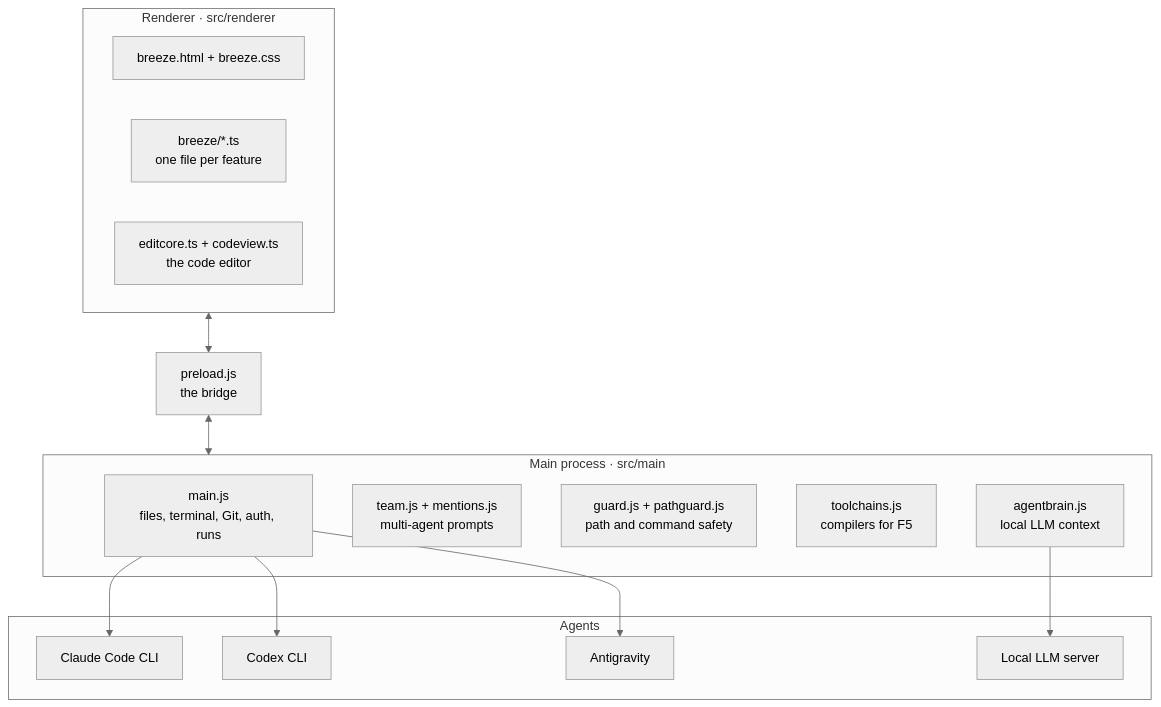
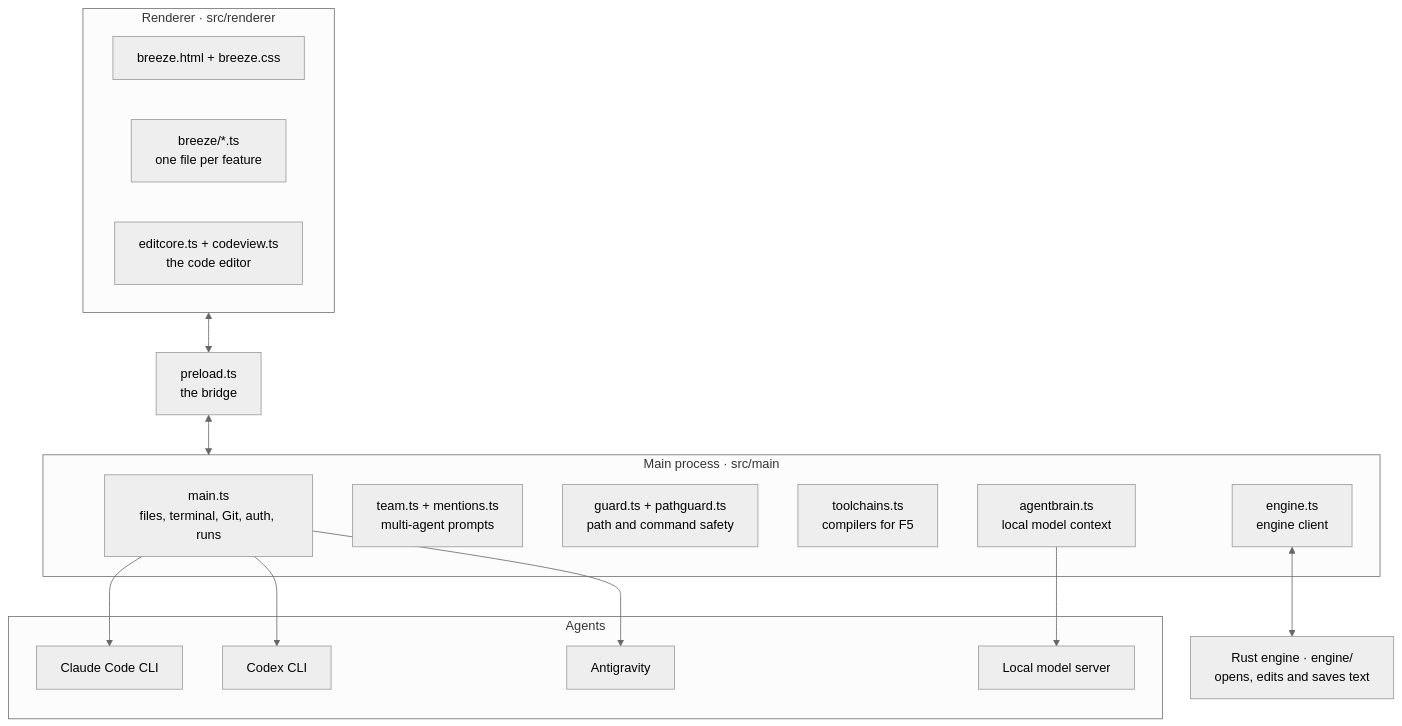
One commit to itsphatto/BreezeCode changed the second of 2 diagrams in README.md. Above: the diagram before and after it, drawn with Mermaid (neutral theme). The commit also changed other lines of this file and 7 other files, not shown here.

````diff
--- a/README.md
+++ b/README.md
@@ -258,25 +248,28 @@
 ```mermaid
 flowchart TB
     subgraph R["Renderer · src/renderer"]
         UI["breeze.html + breeze.css"]
         F["breeze/*.ts<br/>one file per feature"]
         E["editcore.ts + codeview.ts<br/>the code editor"]
     end
-    PL["preload.js<br/>the bridge"]
+    PL["preload.ts<br/>the bridge"]
     subgraph M["Main process · src/main"]
-        MJ["main.js<br/>files, terminal, Git, auth, runs"]
-        T["team.js + mentions.js<br/>multi-agent prompts"]
-        G["guard.js + pathguard.js<br/>path and command safety"]
-        TC["toolchains.js<br/>compilers for F5"]
-        AB["agentbrain.js<br/>local LLM context"]
+        MJ["main.ts<br/>files, terminal, Git, auth, runs"]
+        T["team.ts + mentions.ts<br/>multi-agent prompts"]
+        G["guard.ts + pathguard.ts<br/>path and command safety"]
+        TC["toolchains.ts<br/>compilers for F5"]
+        AB["agentbrain.ts<br/>local model context"]
+        EN["engine.ts<br/>engine client"]
     end
+    RE["Rust engine · engine/<br/>opens, edits and saves text"]
     subgraph A["Agents"]
         CL["Claude Code CLI"]
         CX["Codex CLI"]
         AG["Antigravity"]
-        LL["Local LLM server"]
+        LL["Local model server"]
     end
     R <--> PL <--> M
+    EN <--> RE
     MJ --> CL & CX & AG
     AB --> LL
 ```
````
